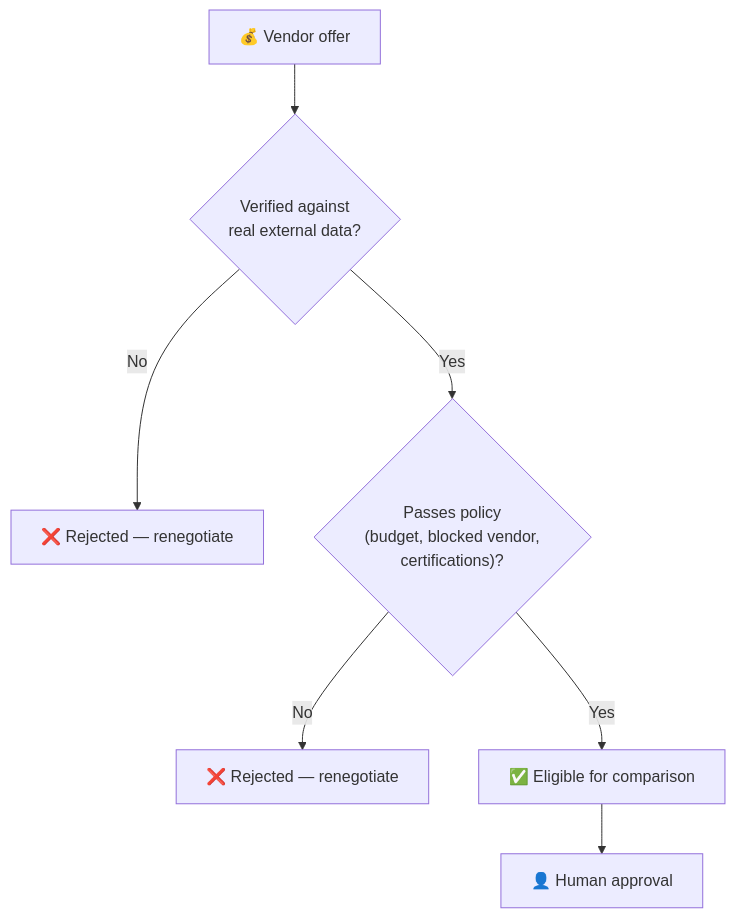
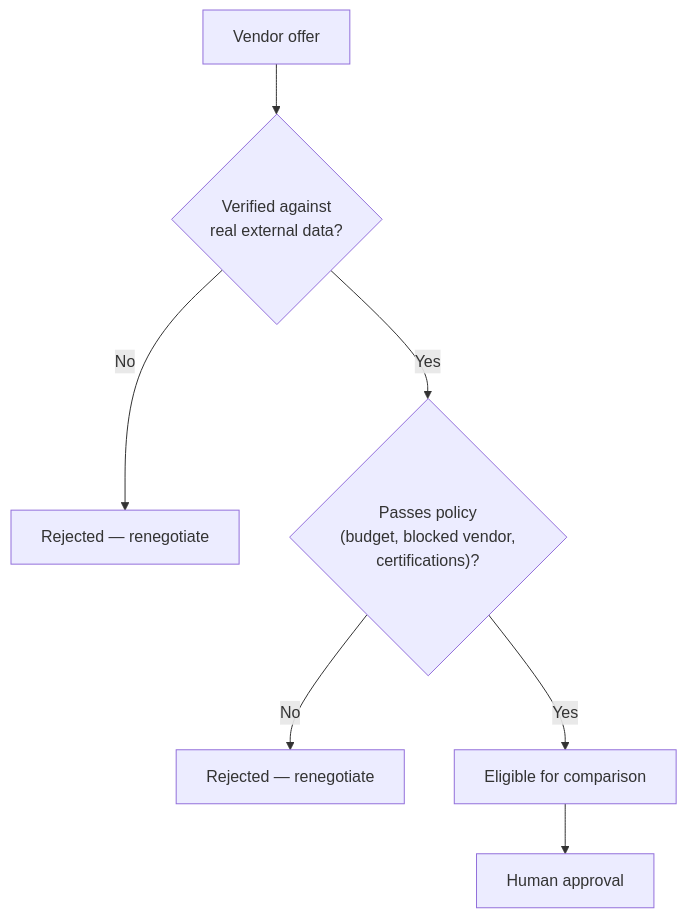
The third of 6 diagrams in README.md (maha-rk/pact), drawn with Mermaid before and after one commit. The commit also changed other lines of this file, not shown here.

````diff
--- a/README.md
+++ b/README.md
@@ -275,9 +255,9 @@
 ```mermaid
 flowchart TD
-    A["💰 Vendor offer"] --> B{"Verified against<br/>real external data?"}
-    B -- No --> C["❌ Rejected — renegotiate"]
+    A["Vendor offer"] --> B{"Verified against<br/>real external data?"}
+    B -- No --> C["Rejected — renegotiate"]
     B -- Yes --> D{"Passes policy<br/>(budget, blocked vendor,<br/>certifications)?"}
-    D -- No --> E["❌ Rejected — renegotiate"]
-    D -- Yes --> F["✅ Eligible for comparison"]
-    F --> G["👤 Human approval"]
+    D -- No --> E["Rejected — renegotiate"]
+    D -- Yes --> F["Eligible for comparison"]
+    F --> G["Human approval"]
 ```
````
